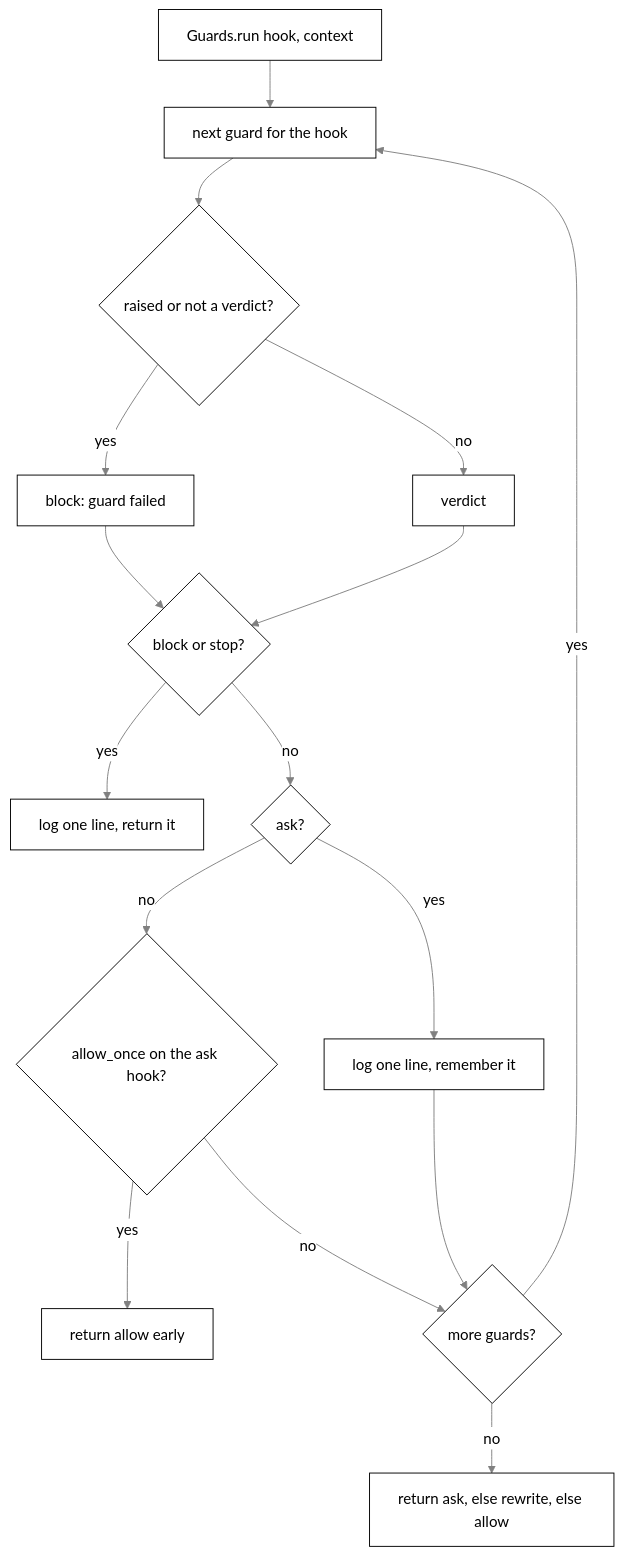
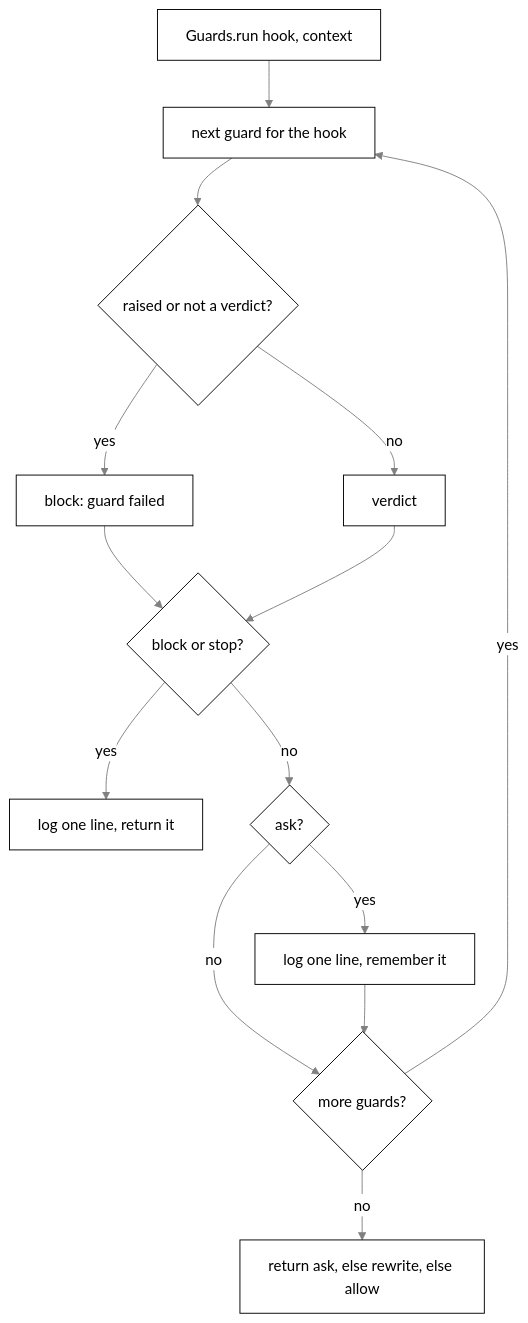
Before and after one commit to nadeem4/tagalong: diagram 12 of 12 in docs/brain.md, drawn with Mermaid. The commit also changed other lines of this file and 17 other files, not shown here.

First line of the commit message:
feat(brain): expert asks and hand-offs through the engine; delete the ask hook (P3)

````diff
--- a/docs/brain.md
+++ b/docs/brain.md
@@ -1765,19 +1774,17 @@
 ```mermaid
 %%{init: {"theme": "base", "themeVariables": {"primaryColor": "#ffffff", "primaryTextColor": "#000000", "primaryBorderColor": "#000000", "lineColor": "#808080", "arrowheadColor": "#808080", "secondaryColor": "#f2f2f2", "tertiaryColor": "#ffffff", "clusterBkg": "#f7f7f7", "clusterBorder": "#808080", "edgeLabelBackground": "#ffffff", "titleColor": "#808080", "actorBkg": "#ffffff", "actorBorder": "#000000", "actorTextColor": "#000000", "actorLineColor": "#808080", "signalColor": "#808080", "signalTextColor": "#808080", "sequenceNumberColor": "#ffffff", "labelBoxBkgColor": "#ffffff", "labelBoxBorderColor": "#808080", "labelTextColor": "#000000", "loopTextColor": "#808080", "noteBkgColor": "#f7f7f7", "noteBorderColor": "#808080", "noteTextColor": "#000000", "activationBkgColor": "#f7f7f7", "activationBorderColor": "#808080", "fontFamily": "Segoe UI, Helvetica, Arial, sans-serif"}}}%%
 flowchart TD
     A[Guards.run hook, context] --> B[next guard for the hook]
     B --> C{raised or not a verdict?}
     C -->|yes| D[block: guard failed]
     C -->|no| E[verdict]
     D --> F{block or stop?}
     E --> F
     F -->|yes| G[log one line, return it]
     F -->|no| J{ask?}
     J -->|yes| K[log one line, remember it]
-    J -->|no| L{allow_once on the ask hook?}
-    L -->|yes| M[return allow early]
-    L -->|no| H
+    J -->|no| H
     K --> H{more guards?}
     H -->|yes| B
     H -->|no| I[return ask, else rewrite, else allow]
 ```
````
